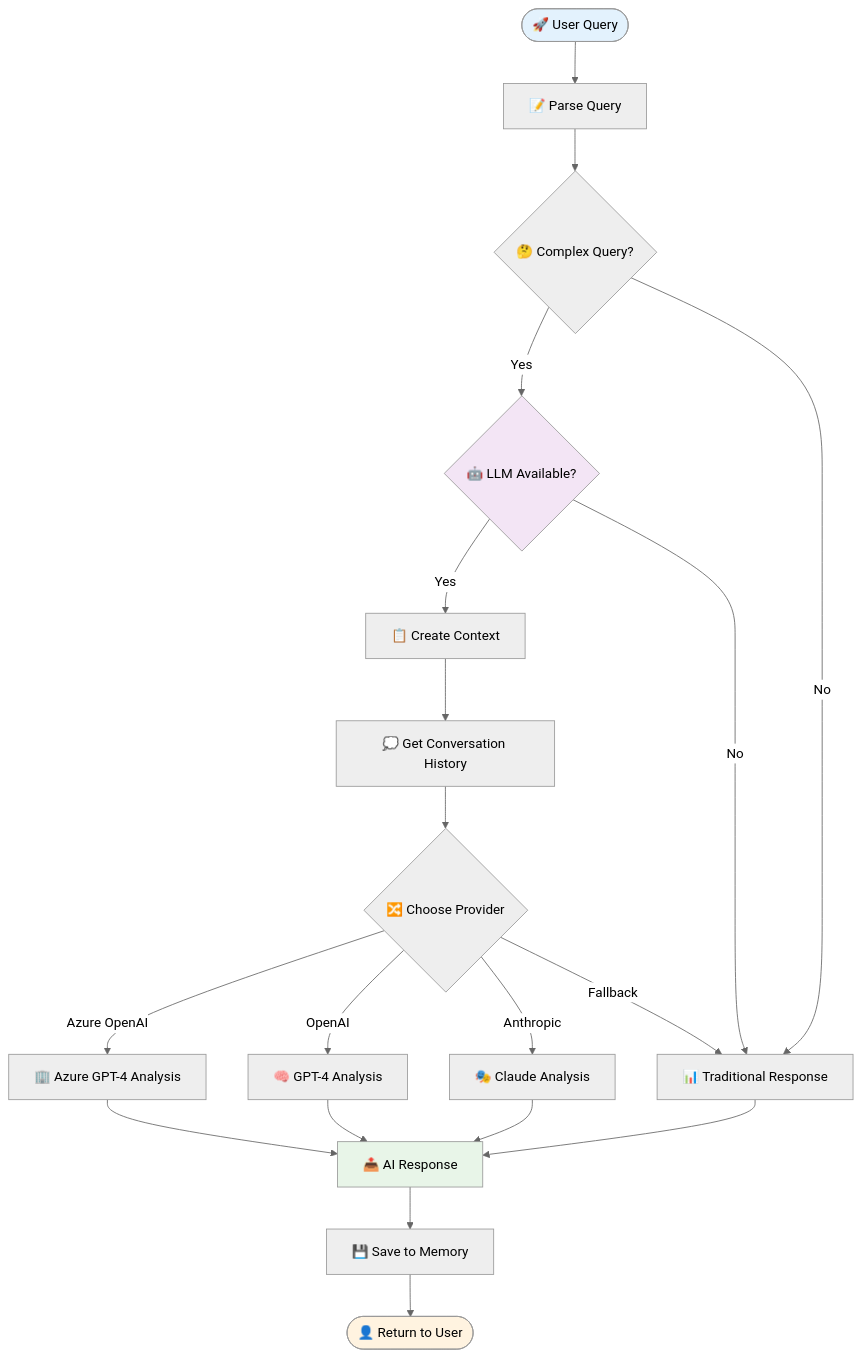
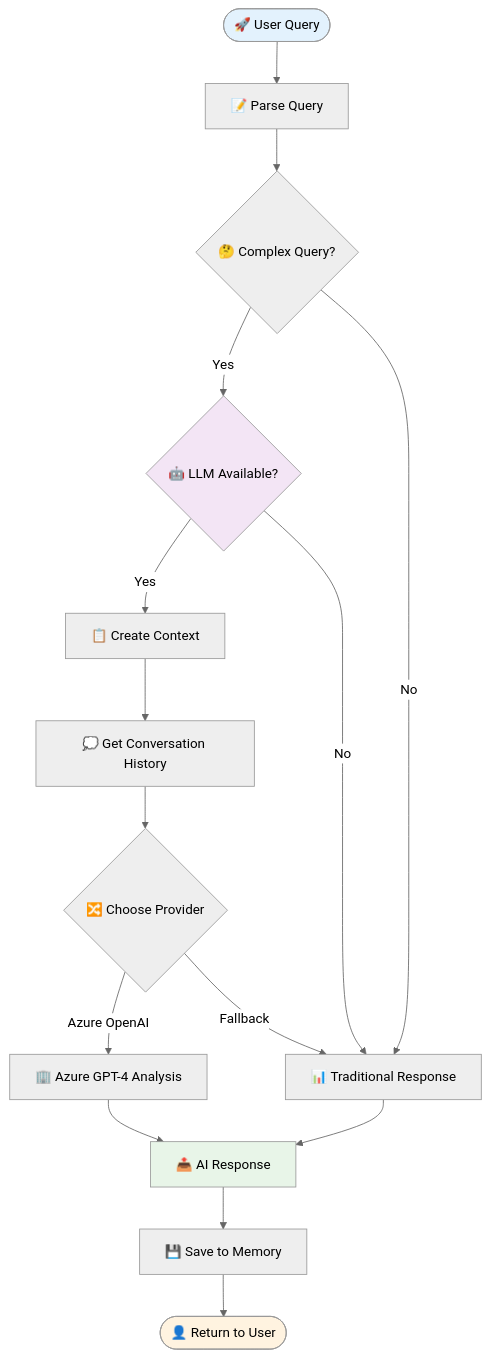
One commit to WatkinsGreen/chatter changed the third of 9 diagrams in docs/architecture-diagrams.md. Above: the diagram before and after it, drawn with Mermaid (neutral theme). The commit also changed other lines of this file and 6 other files, not shown here.

````diff
--- a/docs/architecture-diagrams.md
+++ b/docs/architecture-diagrams.md
@@ -69,33 +67,28 @@
 ```mermaid
 flowchart TD
     Start([🚀 User Query]) --> Parse[📝 Parse Query]
     Parse --> Complex{🤔 Complex Query?}
     
     Complex -->|Yes| LLM_Available{🤖 LLM Available?}
     Complex -->|No| Traditional[📊 Traditional Response]
     
     LLM_Available -->|Yes| Context[📋 Create Context]
     LLM_Available -->|No| Traditional
     
     Context --> History[💭 Get Conversation History]
     History --> Provider{🔀 Choose Provider}
     
     Provider -->|Azure OpenAI| AzureGPT[🏢 Azure GPT-4 Analysis]
-    Provider -->|OpenAI| GPT[🧠 GPT-4 Analysis]
-    Provider -->|Anthropic| Claude[🎭 Claude Analysis]
     Provider -->|Fallback| Traditional
     
     AzureGPT --> Response[📤 AI Response]
-    
-    GPT --> Response[📤 AI Response]
-    Claude --> Response
     Traditional --> Response
     
     Response --> Memory[💾 Save to Memory]
     Memory --> User([👤 Return to User])
     
     style Start fill:#e3f2fd
     style LLM_Available fill:#f3e5f5
     style Response fill:#e8f5e8
     style User fill:#fff3e0
 ```
````
